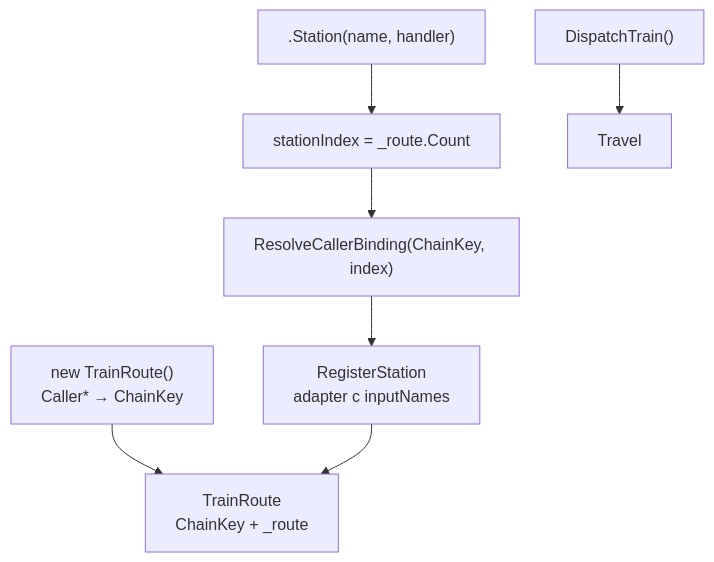
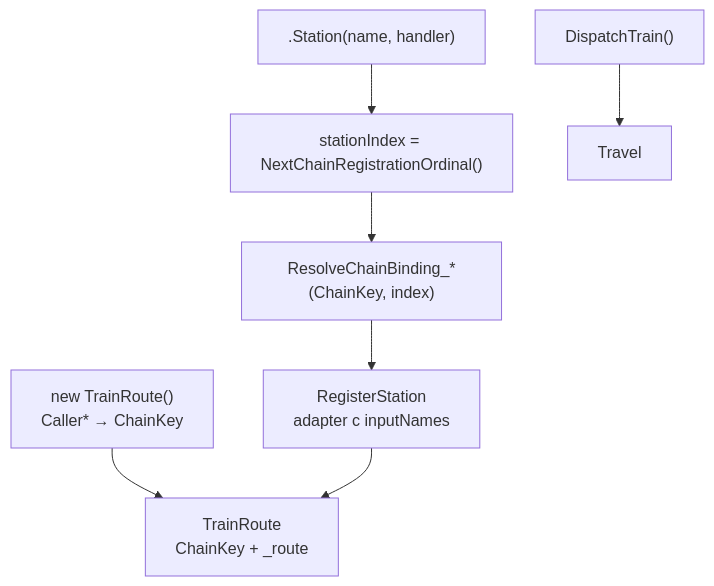
The diagram in docs/plan-data-oriented-handlers.md (moragfullrest-cmyk/TrainOP), drawn with Mermaid before and after one commit. The commit also changed other lines of this file and 180 other files, not shown here.

````diff
--- a/docs/plan-data-oriented-handlers.md
+++ b/docs/plan-data-oriented-handlers.md
@@ -422,9 +351,9 @@
 ```mermaid
 flowchart TD
   New["new TrainRoute()\nCaller* → ChainKey"] --> Route["TrainRoute\nChainKey + _route"]
-  Sta[".Station(name, handler)"] --> Idx["stationIndex = _route.Count"]
-  Idx --> Lookup["ResolveCallerBinding(ChainKey, index)"]
+  Sta[".Station(name, handler)"] --> Idx["stationIndex = NextChainRegistrationOrdinal()"]
+  Idx --> Lookup["ResolveChainBinding_*(ChainKey, index)"]
   Lookup --> Reg["RegisterStation\nadapter с inputNames"]
   Reg --> Route
   Dispatch["DispatchTrain()"] --> Travel["Travel"]
 ```
````
